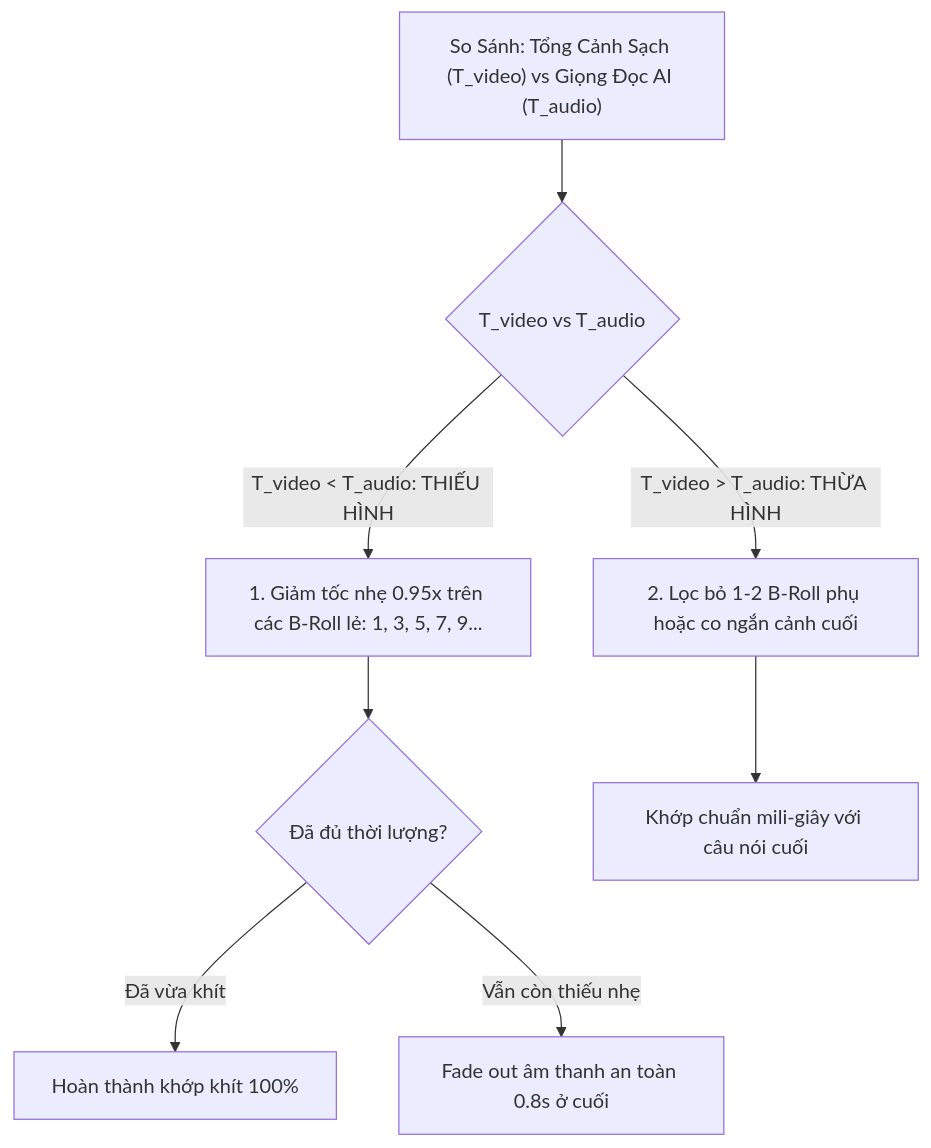
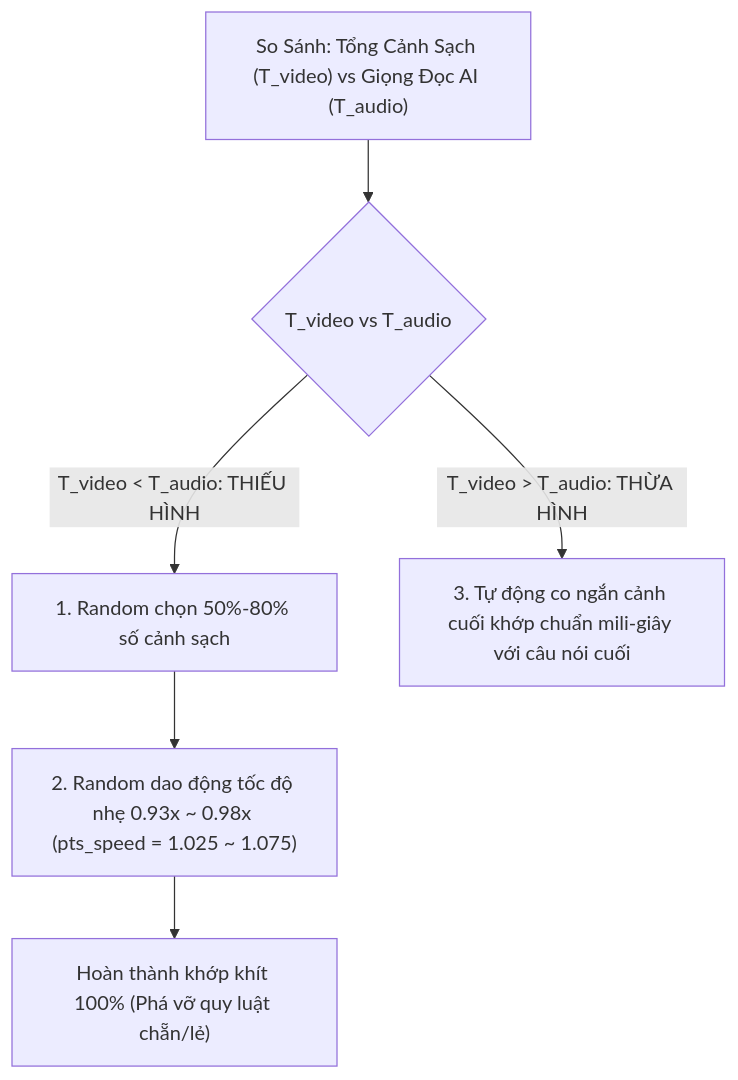
Before and after one commit to DungAnh1301/VideoSummarizerPro: the second of 3 diagrams in PLAN_BIEN_TAP_VIDEO_TIKTOK_REMIX.md, drawn with Mermaid. The commit also changed other lines of this file and 5 other files, not shown here.

Commit message:
v1.3.51: Upgrade TikTok Remixer with deep inspection, nearest-semantic B-roll matching, >60s monetization guarantee and stochastic elastic speed

````diff
--- a/PLAN_BIEN_TAP_VIDEO_TIKTOK_REMIX.md
+++ b/PLAN_BIEN_TAP_VIDEO_TIKTOK_REMIX.md
@@ -158,12 +179,10 @@
 ```mermaid
 flowchart TD
     A["So Sánh: Tổng Cảnh Sạch (T_video) vs Giọng Đọc AI (T_audio)"] --> B{"T_video vs T_audio"}
     
-    B -->|T_video < T_audio: THIẾU HÌNH| C["1. Giảm tốc nhẹ 0.95x trên các B-Roll lẻ: 1, 3, 5, 7, 9..."]
-    C --> C1{"Đã đủ thời lượng?"}
-    C1 -->|Đã vừa khít| C2["Hoàn thành khớp khít 100%"]
-    C1 -->|Vẫn còn thiếu nhẹ| C3["Fade out âm thanh an toàn 0.8s ở cuối"]
+    B -->|T_video < T_audio: THIẾU HÌNH| C["1. Random chọn 50%-80% số cảnh sạch"]
+    C --> C1["2. Random dao động tốc độ nhẹ 0.93x ~ 0.98x (pts_speed = 1.025 ~ 1.075)"]
+    C1 --> C2["Hoàn thành khớp khít 100% (Phá vỡ quy luật chẵn/lẻ)"]
 
-    B -->|T_video > T_audio: THỪA HÌNH| D["2. Lọc bỏ 1-2 B-Roll phụ hoặc co ngắn cảnh cuối"]
-    D --> D1["Khớp chuẩn mili-giây với câu nói cuối"]
+    B -->|T_video > T_audio: THỪA HÌNH| D["3. Tự động co ngắn cảnh cuối khớp chuẩn mili-giây với câu nói cuối"]
 ```
````
